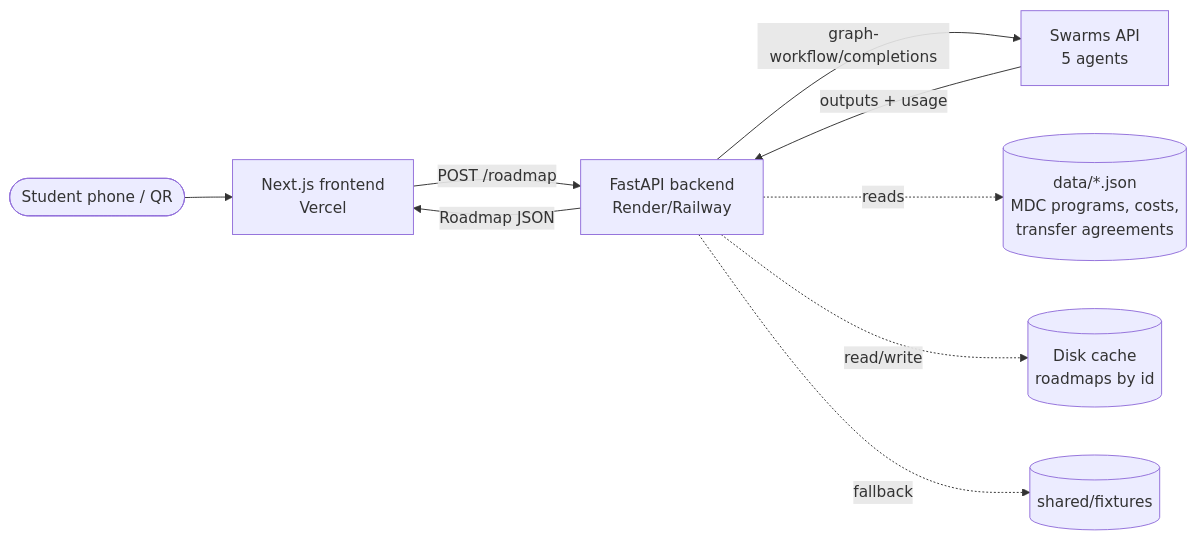
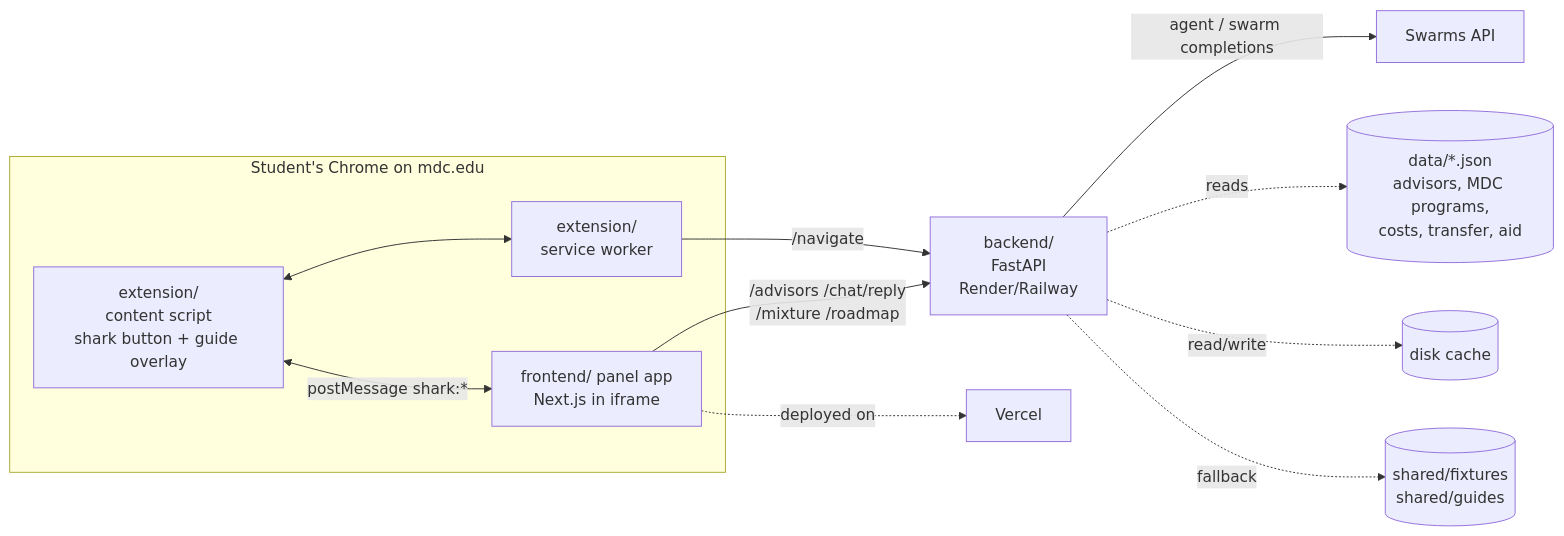
The first of 3 diagrams in docs/ARCHITECTURE.md (TheJollyFool/SharkByte-Hackathon), drawn with Mermaid before and after one commit. The commit also changed other lines of this file and 23 other files, not shown here.

First line of the commit message:
docs: new spec for shark extension (group chat / mixture, flowchart + PDF, in-page guide)

````diff
--- a/docs/ARCHITECTURE.md
+++ b/docs/ARCHITECTURE.md
@@ -3,11 +3,17 @@
 ```mermaid
 flowchart LR
-    U([Student phone / QR]) --> F[Next.js frontend<br/>Vercel]
-    F -- "POST /roadmap" --> B[FastAPI backend<br/>Render/Railway]
-    B -- "Roadmap JSON" --> F
-    B -- "graph-workflow/completions" --> S[Swarms API<br/>5 agents]
-    S -- "outputs + usage" --> B
-    B -. reads .-> D[(data/*.json<br/>MDC programs, costs,<br/>transfer agreements)]
-    B -. read/write .-> C[(Disk cache<br/>roadmaps by id)]
-    B -. fallback .-> X[(shared/fixtures)]
+    subgraph Chrome["Student's Chrome on mdc.edu"]
+        CS[extension/<br/>content script<br/>shark button + guide overlay]
+        SW[extension/<br/>service worker]
+        P[frontend/ panel app<br/>Next.js in iframe]
+        CS <-- "postMessage shark:*" --> P
+        CS <--> SW
+    end
+    P -- "/advisors /chat/reply<br/>/mixture /roadmap" --> B[backend/<br/>FastAPI<br/>Render/Railway]
+    SW -- "/navigate" --> B
+    B -- "agent / swarm completions" --> S[Swarms API]
+    B -. reads .-> D[(data/*.json<br/>advisors, MDC programs,<br/>costs, transfer, aid)]
+    B -. read/write .-> C[(disk cache)]
+    B -. fallback .-> X[(shared/fixtures<br/>shared/guides)]
+    P -. deployed on .-> V[Vercel]
 ```
````
